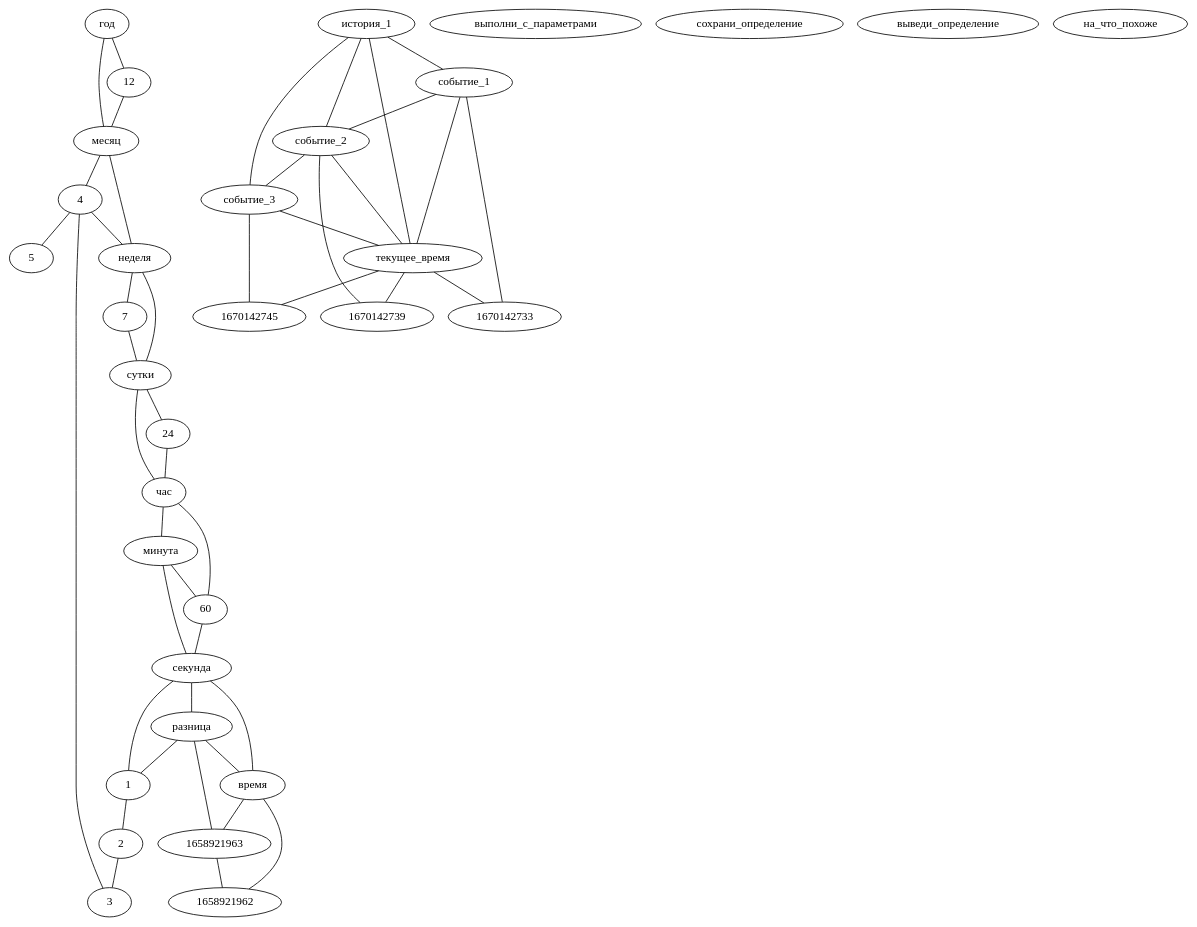
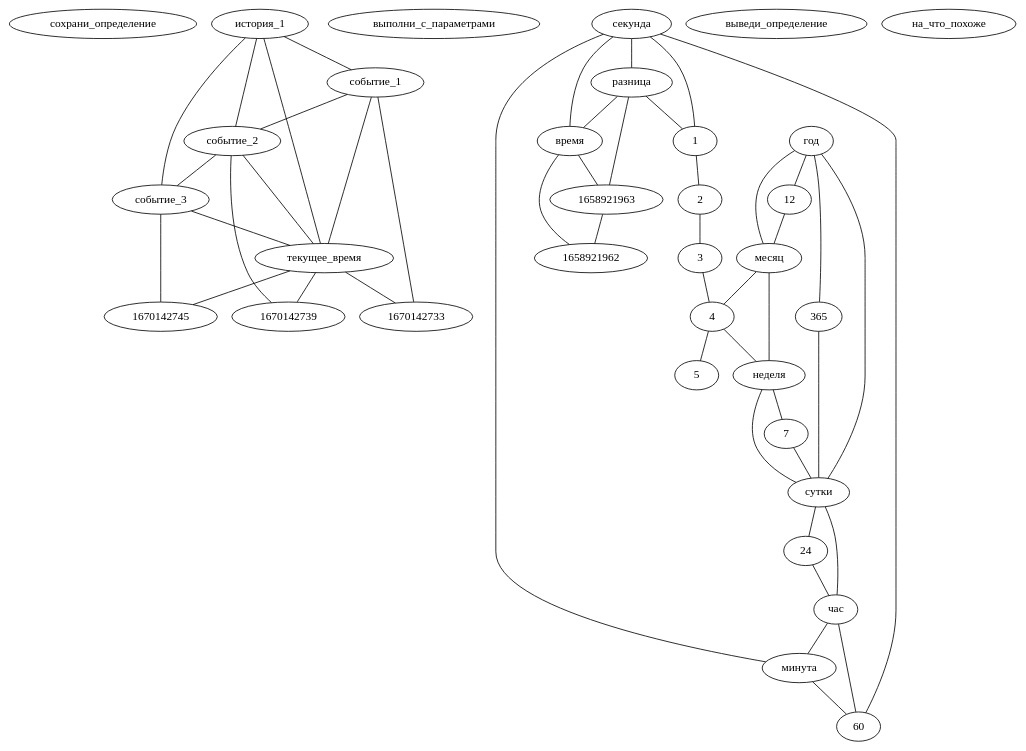
The diagram in graphs/global_graph.dot (LeonovEvgenii/AGI), drawn with Graphviz before and after one commit. The commit also changed 10 other files, not shown here.

```diff
--- a/graphs/global_graph.dot
+++ b/graphs/global_graph.dot
@@ -1,79 +1,83 @@
 strict graph G {
+"сохрани_определение"
+"1670142745"
+"выполни_с_параметрами"
+"секунда"
+"разница"
+"минута"
+"12"
+"1670142733"
+"история_1"
+"2"
+"60"
+"выведи_определение"
 "месяц"
-"секунда"
+"сутки"
+"1658921963"
+"1670142739"
+"событие_3"
+"1658921962"
+"год"
+"1"
+"5"
+"текущее_время"
+"событие_1"
 "3"
-"минута"
-"1670142733"
-"5"
+"неделя"
+"7"
 "час"
-"1670142745"
-"2"
-"выполни_с_параметрами"
+"на_что_похоже"
+"4"
+"время"
+"365"
 "24"
-"12"
-"история_1"
-"текущее_время"
-"1"
-"1670142739"
-"год"
-"60"
-"сохрани_определение"
-"7"
-"1658921962"
-"1658921963"
-"время"
-"4"
-"разница"
-"неделя"
-"выведи_определение"
-"событие_3"
-"на_что_похоже"
-"событие_1"
 "событие_2"
-"сутки"
 "1" -- "2"
 "время" -- "1658921962"
 "время" -- "1658921963"
 "разница" -- "1"
 "разница" -- "1658921963"
 "1658921963" -- "1658921962"
 "секунда" -- "1"
 "секунда" -- "разница"
 "секунда" -- "время"
 "разница" -- "время"
 "2" -- "3"
 "3" -- "4"
 "4" -- "5"
 "минута" -- "60"
 "минута" -- "секунда"
 "60" -- "секунда"
 "час" -- "60"
 "час" -- "минута"
 "сутки" -- "24"
 "сутки" -- "час"
 "24" -- "час"
 "неделя" -- "7"
 "неделя" -- "сутки"
 "7" -- "сутки"
 "месяц" -- "4"
 "месяц" -- "неделя"
 "4" -- "неделя"
 "год" -- "12"
 "год" -- "месяц"
 "12" -- "месяц"
 "событие_1" -- "1670142733"
 "текущее_время" -- "1670142733"
 "событие_1" -- "текущее_время"
 "событие_2" -- "1670142739"
 "текущее_время" -- "1670142739"
 "событие_2" -- "текущее_время"
 "событие_3" -- "1670142745"
 "текущее_время" -- "1670142745"
 "событие_3" -- "текущее_время"
 "история_1" -- "событие_1"
 "история_1" -- "событие_2"
 "история_1" -- "событие_3"
 "событие_1" -- "событие_2"
 "событие_2" -- "событие_3"
 "история_1" -- "текущее_время"
+"год" -- "365"
+"год" -- "сутки"
+"365" -- "сутки"
 }
```
